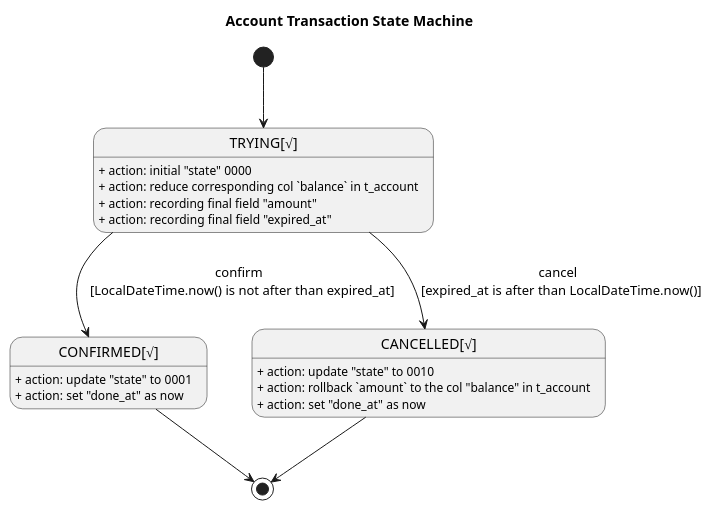
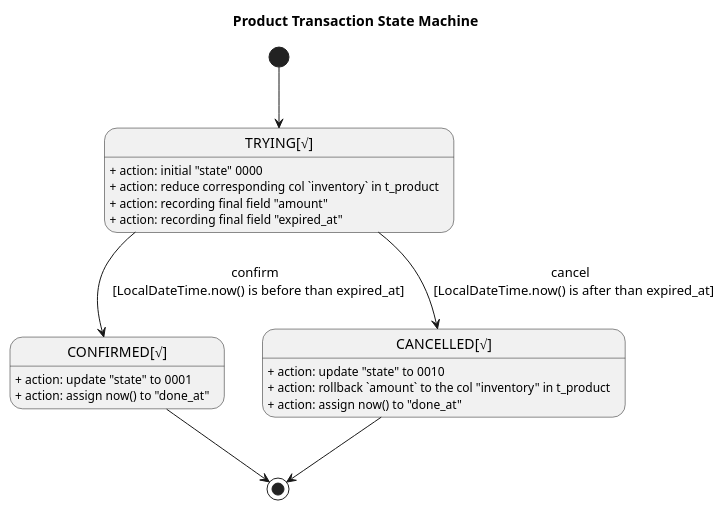
One commit to prontera/spring-cloud-rest-tcc changed the diagram in rest-tcc-projects/rest-tcc-product/src/main/resources/puml/participant-state.puml. Above: the diagram before and after it, drawn with PlantUML. The commit also changed 12 other files, not shown here.

```diff
--- a/rest-tcc-projects/rest-tcc-product/src/main/resources/puml/participant-state.puml
+++ b/rest-tcc-projects/rest-tcc-product/src/main/resources/puml/participant-state.puml
@@ -1,27 +1,27 @@
 @startuml
 skinparam monochrome true
 scale 1
-title Account Transaction State Machine
+title Product Transaction State Machine
 
 ' State
 state "TRYING[√]" as TRYING
 TRYING: + action: initial "state" 0000
-TRYING: + action: reduce corresponding col `balance` in t_account
+TRYING: + action: reduce corresponding col `inventory` in t_product
 TRYING: + action: recording final field "amount"
 TRYING: + action: recording final field "expired_at"
 '''
 state "CONFIRMED[√]" as CONFIRMED
 CONFIRMED: + action: update "state" to 0001
-CONFIRMED: + action: set "done_at" as now
+CONFIRMED: + action: assign now() to "done_at"
 '''
 state "CANCELLED[√]" as CANCELLED
 CANCELLED: + action: update "state" to 0010
-CANCELLED: + action: rollback `amount` to the col "balance" in t_account
-CANCELLED: + action: set "done_at" as now
+CANCELLED: + action: rollback `amount` to the col "inventory" in t_product
+CANCELLED: + action: assign now() to "done_at"
 ' Transition
 [*] --> TRYING
-TRYING --> CONFIRMED: confirm \n [LocalDateTime.now() is not after than expired_at]
-TRYING --> CANCELLED: cancel \n [expired_at is after than LocalDateTime.now()]
+TRYING --> CONFIRMED: confirm \n [LocalDateTime.now() is before than expired_at]
+TRYING --> CANCELLED: cancel \n [LocalDateTime.now() is after than expired_at]
 CONFIRMED --> [*]
 CANCELLED --> [*]
 @enduml
```
